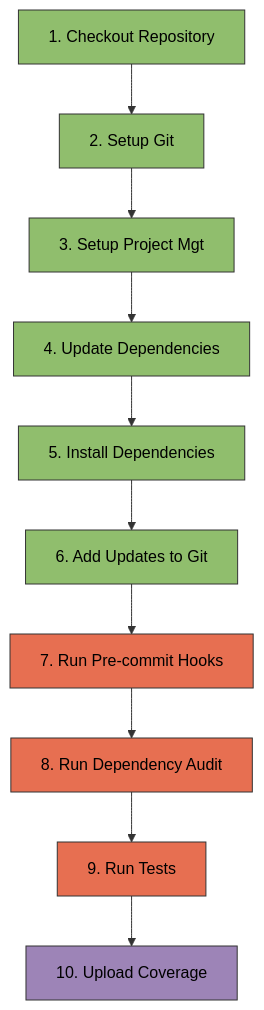
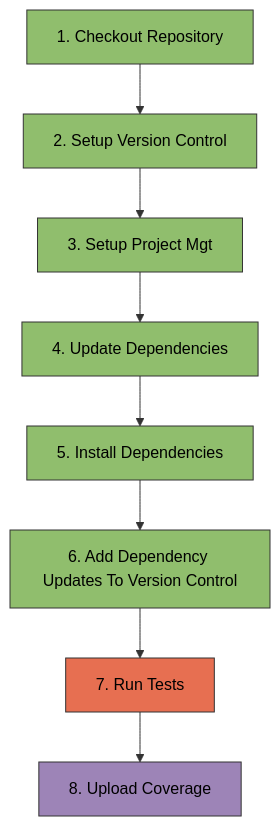
One commit to Winipedia/pyrig changed the third of 3 diagrams in docs/configs/workflows/health_check.md. Above: the diagram before and after it, drawn with Mermaid. The commit also changed other lines of this file and 15 other files, not shown here.

````diff
--- a/docs/configs/workflows/health_check.md
+++ b/docs/configs/workflows/health_check.md
@@ -145,23 +162,19 @@
 ```mermaid
 graph TD
-    S1[1. Checkout Repository] --> S2[2. Setup Git]
+    S1[1. Checkout Repository] --> S2[2. Setup Version Control]
     S2 --> S3[3. Setup Project Mgt]
     S3 --> S4[4. Update Dependencies]
     S4 --> S5[5. Install Dependencies]
-    S5 --> S6[6. Add Updates to Git]
-    S6 --> S7[7. Run Pre-commit Hooks]
-    S7 --> S8[8. Run Dependency Audit]
-    S8 --> S9[9. Run Tests]
-    S9 --> S10[10. Upload Coverage]
+    S5 --> S6[6. Add Dependency Updates To Version Control]
+    S6 --> S7[7. Run Tests]
+    S7 --> S8[8. Upload Coverage]
 
     style S1 fill:#90be6d,stroke:#333,stroke-width:1px,color:#000
     style S2 fill:#90be6d,stroke:#333,stroke-width:1px,color:#000
     style S3 fill:#90be6d,stroke:#333,stroke-width:1px,color:#000
     style S4 fill:#90be6d,stroke:#333,stroke-width:1px,color:#000
     style S5 fill:#90be6d,stroke:#333,stroke-width:1px,color:#000
     style S6 fill:#90be6d,stroke:#333,stroke-width:1px,color:#000
     style S7 fill:#e76f51,stroke:#333,stroke-width:1px,color:#000
-    style S8 fill:#e76f51,stroke:#333,stroke-width:1px,color:#000
-    style S9 fill:#e76f51,stroke:#333,stroke-width:1px,color:#000
-    style S10 fill:#9d84b7,stroke:#333,stroke-width:1px,color:#000
+    style S8 fill:#9d84b7,stroke:#333,stroke-width:1px,color:#000
 ```
````
